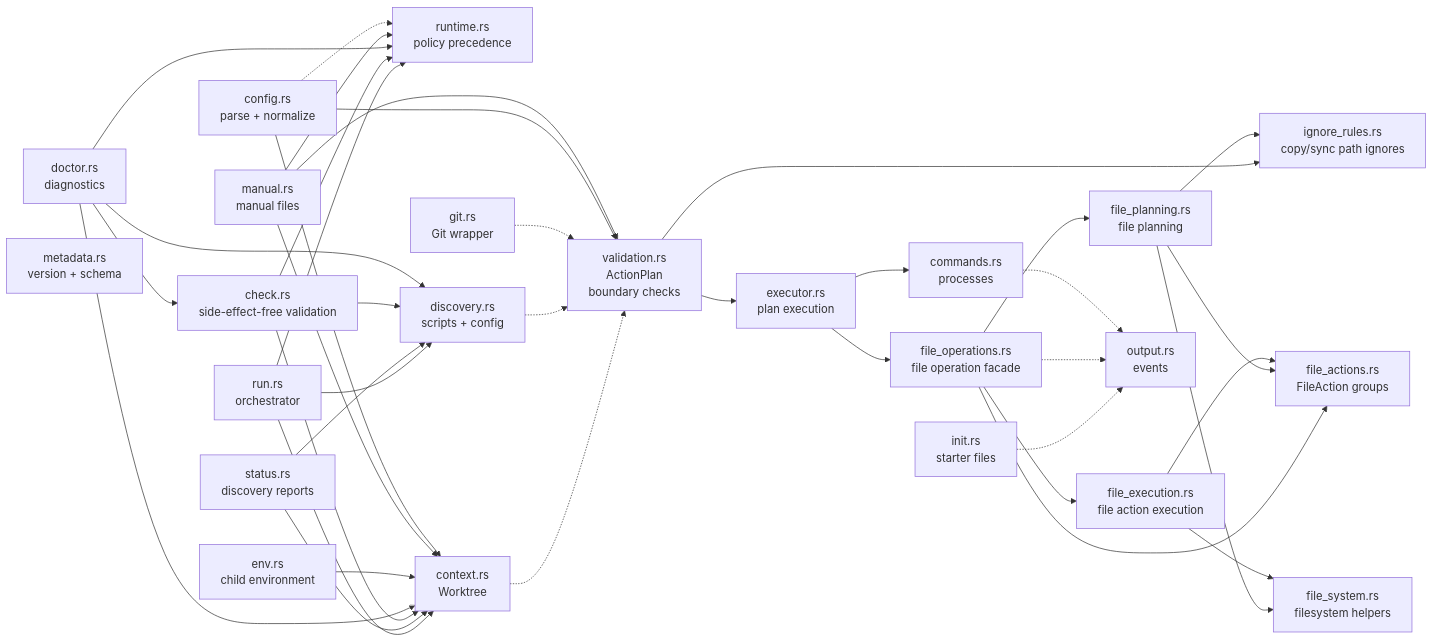
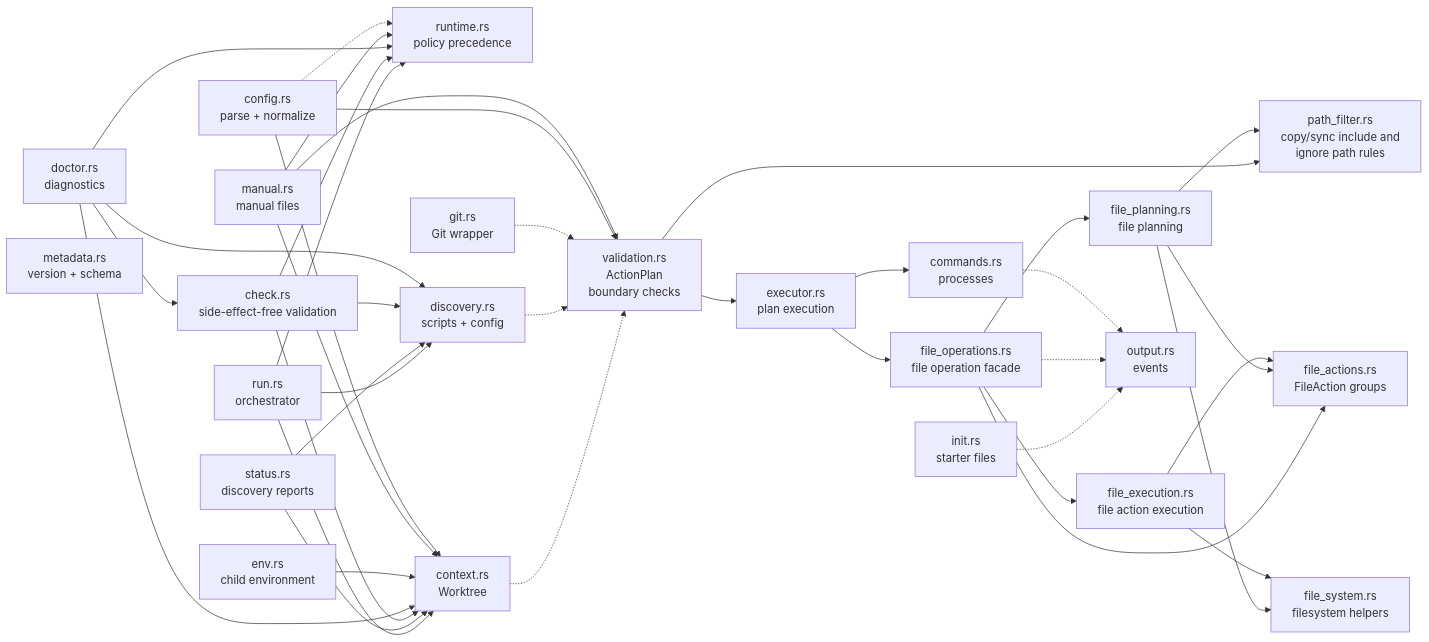
The fifth of 5 diagrams in docs/ARCHITECTURE.md (jimeh/treeboot), drawn with Mermaid before and after one commit. The commit also changed other lines of this file and 26 other files, not shown here.

Commit message:
feat: add include rules to copy and sync operations (#88)

````diff
--- a/docs/ARCHITECTURE.md
+++ b/docs/ARCHITECTURE.md
@@ -205,64 +205,64 @@
 ```mermaid
 flowchart LR
   RUN["run.rs<br/>orchestrator"]
   STATUS["status.rs<br/>discovery reports"]
   CHECK["check.rs<br/>side-effect-free validation"]
   DOCTOR["doctor.rs<br/>diagnostics"]
   ENV["env.rs<br/>child environment"]
   MANUAL["manual.rs<br/>manual files"]
   CONFIG["config.rs<br/>parse + normalize"]
   RUNTIME["runtime.rs<br/>policy precedence"]
   INIT["init.rs<br/>starter files"]
   META["metadata.rs<br/>version + schema"]
   CONTEXT["context.rs<br/>Worktree"]
   DISC["discovery.rs<br/>scripts + config"]
   GIT["git.rs<br/>Git wrapper"]
-  IGNORE["ignore_rules.rs<br/>copy/sync path ignores"]
+  FILTER["path_filter.rs<br/>copy/sync include and<br/>ignore path rules"]
   EXEC["executor.rs<br/>plan execution"]
   VALID["validation.rs<br/>ActionPlan<br/>boundary checks"]
   FILE_ACTIONS["file_actions.rs<br/>FileAction groups"]
   FILE_OPS["file_operations.rs<br/>file operation facade"]
   FILE_PLANNING["file_planning.rs<br/>file planning"]
   FILE_EXECUTION["file_execution.rs<br/>file action execution"]
   FILE_SYSTEM["file_system.rs<br/>filesystem helpers"]
   CMDS["commands.rs<br/>processes"]
   OUT["output.rs<br/>events"]
 
   RUN --> CONTEXT
   RUN --> RUNTIME
   RUN --> DISC
   STATUS --> CONTEXT
   STATUS --> DISC
   CHECK --> CONTEXT
   CHECK --> RUNTIME
   CHECK --> DISC
   DOCTOR --> RUNTIME
   DOCTOR --> CONTEXT
   DOCTOR --> DISC
   DOCTOR --> CHECK
   ENV --> CONTEXT
   MANUAL --> CONTEXT
   MANUAL --> RUNTIME
   CONFIG --> CONTEXT
   CONFIG -.-> RUNTIME
   CONTEXT -.-> VALID
   DISC -.-> VALID
   GIT -.-> VALID
   CONFIG --> VALID
   MANUAL --> VALID
-  VALID --> IGNORE
+  VALID --> FILTER
   FILE_OPS --> FILE_ACTIONS
   FILE_OPS --> FILE_PLANNING
   FILE_OPS --> FILE_EXECUTION
   FILE_PLANNING --> FILE_ACTIONS
   FILE_PLANNING --> FILE_SYSTEM
-  FILE_PLANNING --> IGNORE
+  FILE_PLANNING --> FILTER
   FILE_EXECUTION --> FILE_ACTIONS
   FILE_EXECUTION --> FILE_SYSTEM
   VALID --> EXEC
   EXEC --> FILE_OPS
   EXEC --> CMDS
   INIT -.-> OUT
   FILE_OPS -.-> OUT
   CMDS -.-> OUT
 ```
````
